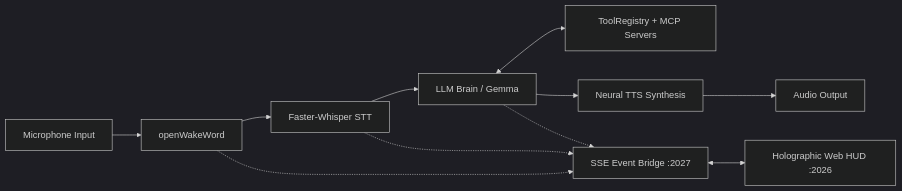
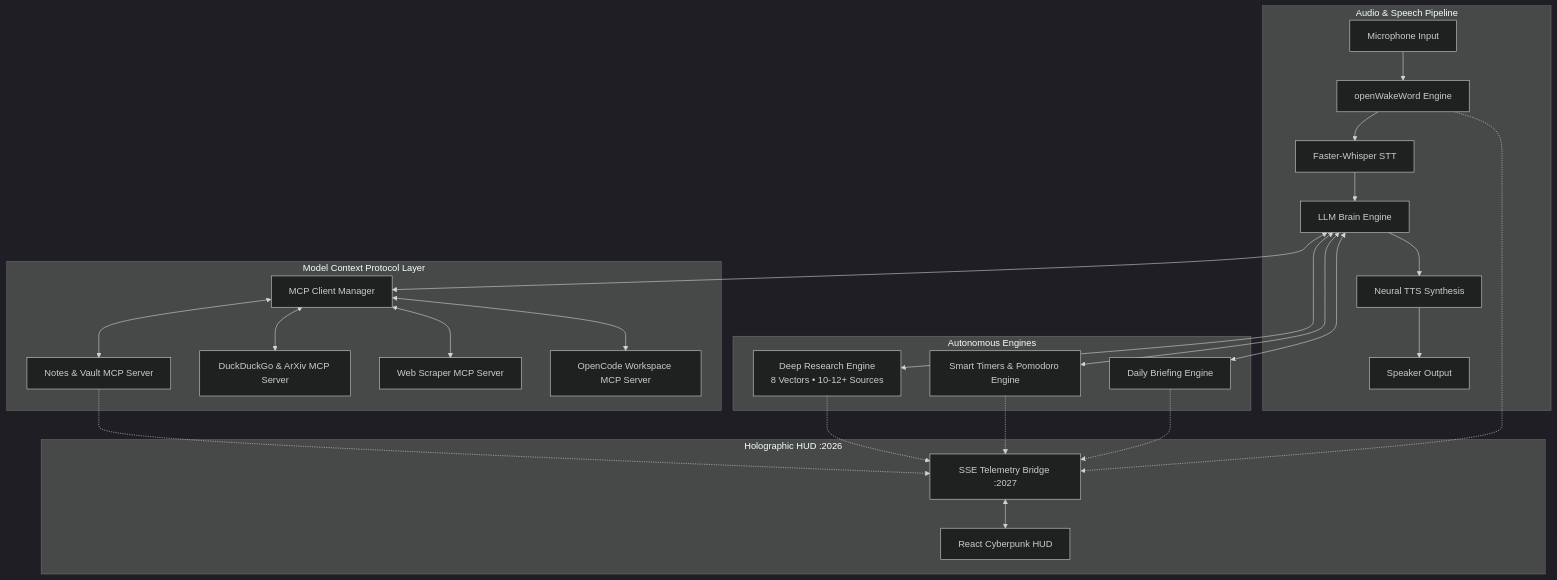
One commit to Shabari-K-S/AI-Assistant changed the diagram in README.md. Above: the diagram before and after it, drawn with Mermaid (dark theme). The commit also changed other lines of this file and 2 other files, not shown here.

Commit message:
docs: update project documentation to reflect new research, note-taking, timer, and briefing engine capabilities.

````diff
--- a/README.md
+++ b/README.md
@@ -36,14 +102,33 @@
 ```mermaid
-flowchart LR
-    Mic[Microphone Input] --> OWW[openWakeWord]
-    OWW --> Whisper[Faster-Whisper STT]
-    Whisper --> LLM[LLM Brain / Gemma]
-    LLM <--> Tools[ToolRegistry + MCP Servers]
-    LLM --> TTS[Neural TTS Synthesis]
-    TTS --> Speaker[Audio Output]
-    
-    OWW -.-> Bridge[SSE Event Bridge :2027]
-    Whisper -.-> Bridge
-    LLM -.-> Bridge
-    Bridge <--> HUD[Holographic Web HUD :2026]
+flowchart TB
+    subgraph Audio_Pipeline [Audio & Speech Pipeline]
+        Mic[Microphone Input] --> OWW[openWakeWord Engine]
+        OWW --> Whisper[Faster-Whisper STT]
+        Whisper --> Brain[LLM Brain Engine]
+        Brain --> TTS[Neural TTS Synthesis]
+        TTS --> Speaker[Speaker Output]
+    end
+
+    subgraph Autonomous_Engines [Autonomous Engines]
+        Brain <--> DeepRes[Deep Research Engine\n8 Vectors • 10-12+ Sources]
+        Brain <--> Timers[Smart Timers & Pomodoro Engine]
+        Brain <--> Briefing[Daily Briefing Engine]
+    end
+
+    subgraph MCP_Layer [Model Context Protocol Layer]
+        Brain <--> MCPClient[MCP Client Manager]
+        MCPClient <--> NotesVault[Notes & Vault MCP Server]
+        MCPClient <--> WebSearch[DuckDuckGo & ArXiv MCP Server]
+        MCPClient <--> Scraper[Web Scraper MCP Server]
+        MCPClient <--> OpenCode[OpenCode Workspace MCP Server]
+    end
+
+    subgraph Frontend_HUD [Holographic HUD :2026]
+        Bridge[SSE Telemetry Bridge :2027] <--> HUD[React Cyberpunk HUD]
+        NotesVault -.-> Bridge
+        DeepRes -.-> Bridge
+        Timers -.-> Bridge
+        Briefing -.-> Bridge
+        OWW -.-> Bridge
+    end
 ```
````
